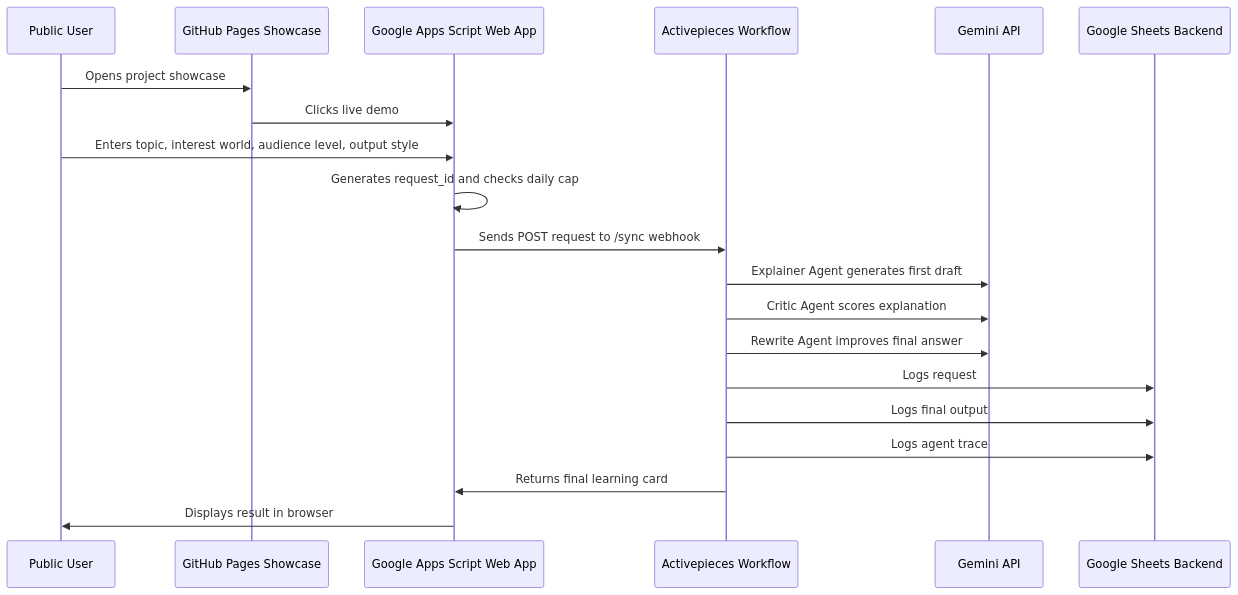
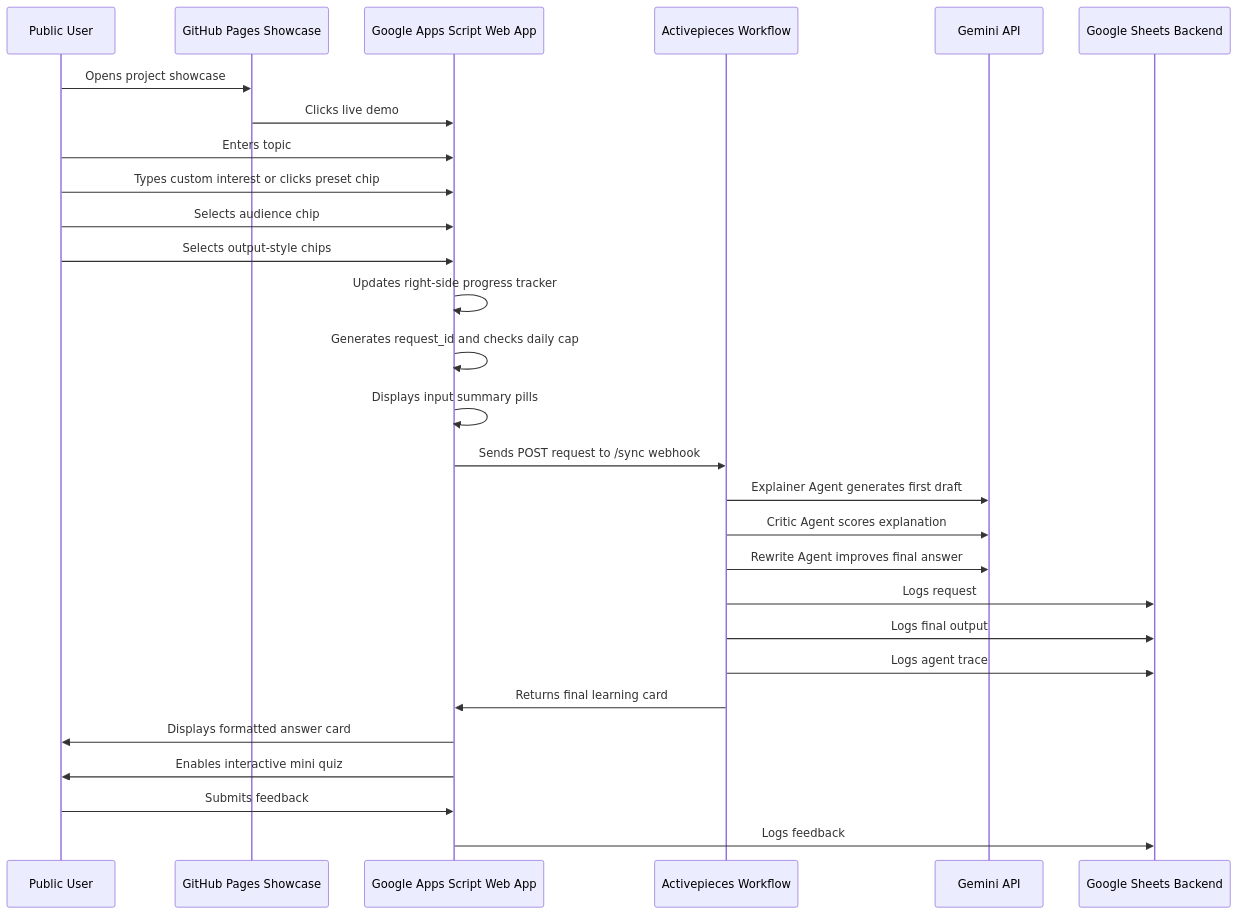
Before and after one commit to friendly-neighborhood-product-manager/analogy-arcade: the second of 5 diagrams in docs/architecture-diagram.md, drawn with Mermaid. The commit also changed other lines of this file, not shown here.

Commit message:
Update architecture diagram for latest UX

````diff
--- a/docs/architecture-diagram.md
+++ b/docs/architecture-diagram.md
@@ -90,23 +140,31 @@
 ```mermaid
 sequenceDiagram
     participant U as Public User
     participant GP as GitHub Pages Showcase
     participant GAS as Google Apps Script Web App
     participant AP as Activepieces Workflow
     participant Gemini as Gemini API
     participant Sheets as Google Sheets Backend
 
     U->>GP: Opens project showcase
     GP->>GAS: Clicks live demo
-    U->>GAS: Enters topic, interest world, audience level, output style
+    U->>GAS: Enters topic
+    U->>GAS: Types custom interest or clicks preset chip
+    U->>GAS: Selects audience chip
+    U->>GAS: Selects output-style chips
+    GAS->>GAS: Updates right-side progress tracker
     GAS->>GAS: Generates request_id and checks daily cap
+    GAS->>GAS: Displays input summary pills
     GAS->>AP: Sends POST request to /sync webhook
     AP->>Gemini: Explainer Agent generates first draft
     AP->>Gemini: Critic Agent scores explanation
     AP->>Gemini: Rewrite Agent improves final answer
     AP->>Sheets: Logs request
     AP->>Sheets: Logs final output
     AP->>Sheets: Logs agent trace
     AP->>GAS: Returns final learning card
-    GAS->>U: Displays result in browser
+    GAS->>U: Displays formatted answer card
+    GAS->>U: Enables interactive mini quiz
+    U->>GAS: Submits feedback
+    GAS->>Sheets: Logs feedback
 ```
````
